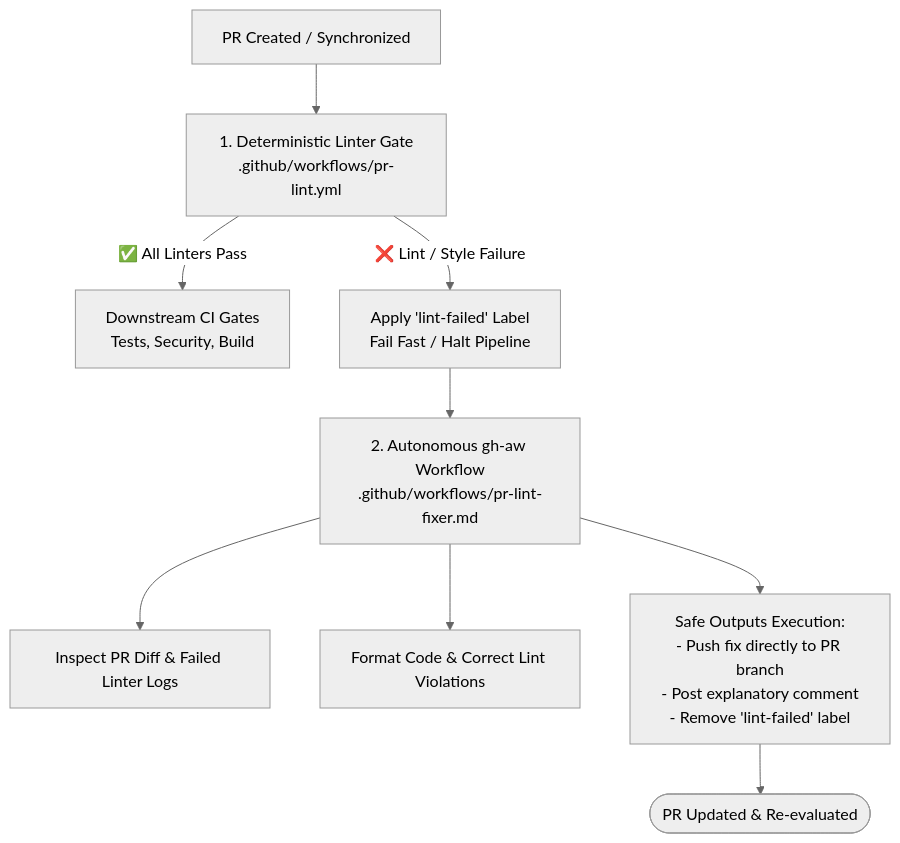
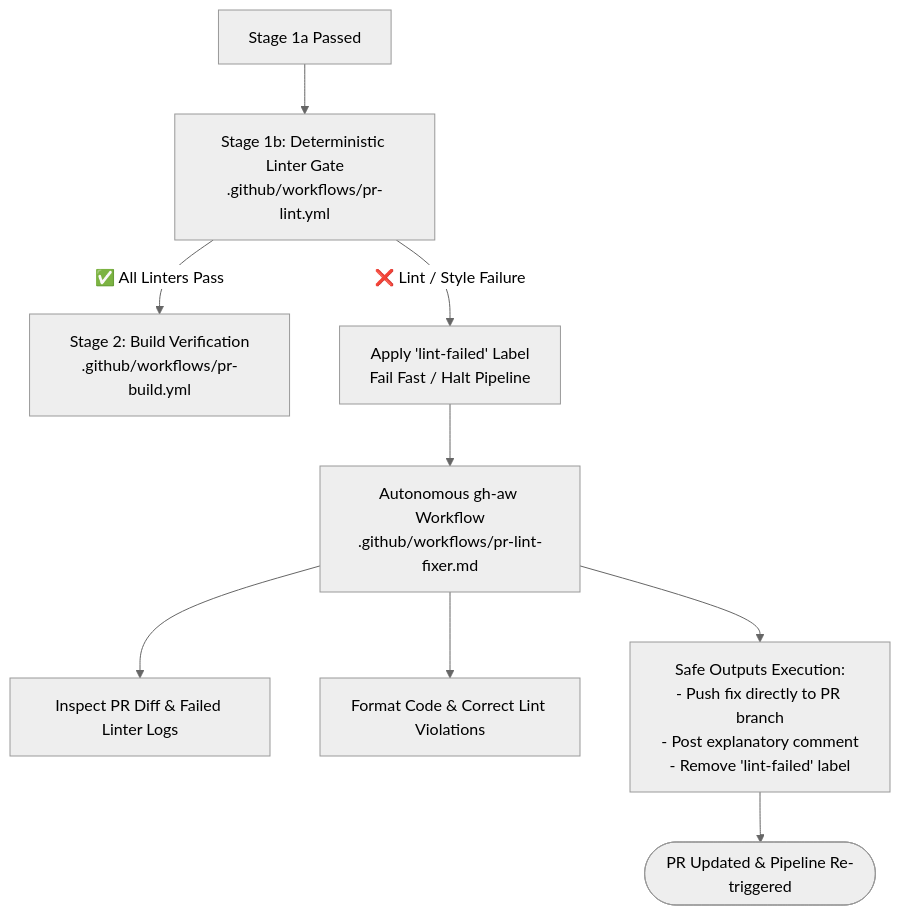
Before and after one commit to SitoaderOrg/ForgeFlow: the diagram in docs/pr-lint-and-fixer.md, drawn with Mermaid (neutral theme). The commit also changed 9 other files, not shown here.

First line of the commit message:
docs: align architecture overviews and mermaid diagrams with staged orchestrator pipeline

````diff
--- a/docs/pr-lint-and-fixer.md
+++ b/docs/pr-lint-and-fixer.md
@@ -9,13 +9,13 @@
 ```mermaid
 flowchart TD
-    PR[PR Created / Synchronized] --> Linter[1. Deterministic Linter Gate\n.github/workflows/pr-lint.yml]
+    GatekeeperPass[Stage 1a Passed] --> Linter[Stage 1b: Deterministic Linter Gate\n.github/workflows/pr-lint.yml]
     
-    Linter -->|✅ All Linters Pass| NextGate[Downstream CI Gates\nTests, Security, Build]
+    Linter -->|✅ All Linters Pass| NextStage[Stage 2: Build Verification\n.github/workflows/pr-build.yml]
     Linter -->|❌ Lint / Style Failure| AddLabel[Apply 'lint-failed' Label\nFail Fast / Halt Pipeline]
     
-    AddLabel --> Fixer[2. Autonomous gh-aw Workflow\n.github/workflows/pr-lint-fixer.md]
+    AddLabel --> Fixer[Autonomous gh-aw Workflow\n.github/workflows/pr-lint-fixer.md]
     Fixer --> Inspect[Inspect PR Diff & Failed Linter Logs]
     Fixer --> Remediate[Format Code & Correct Lint Violations]
     Fixer --> SafeOutputs[Safe Outputs Execution:\n- Push fix directly to PR branch\n- Post explanatory comment\n- Remove 'lint-failed' label]
-    SafeOutputs --> Recheck([PR Updated & Re-evaluated])
+    SafeOutputs --> Recheck([PR Updated & Pipeline Re-triggered])
 ```
````
